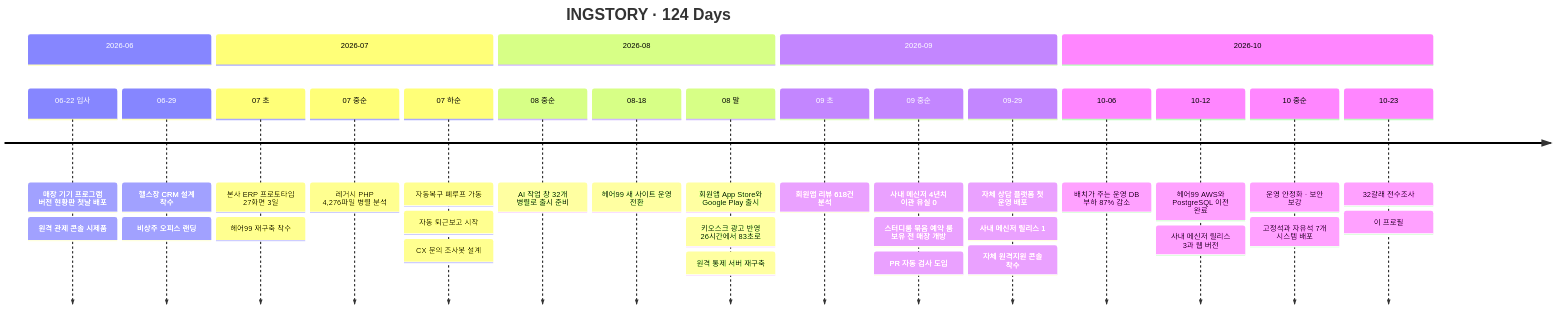
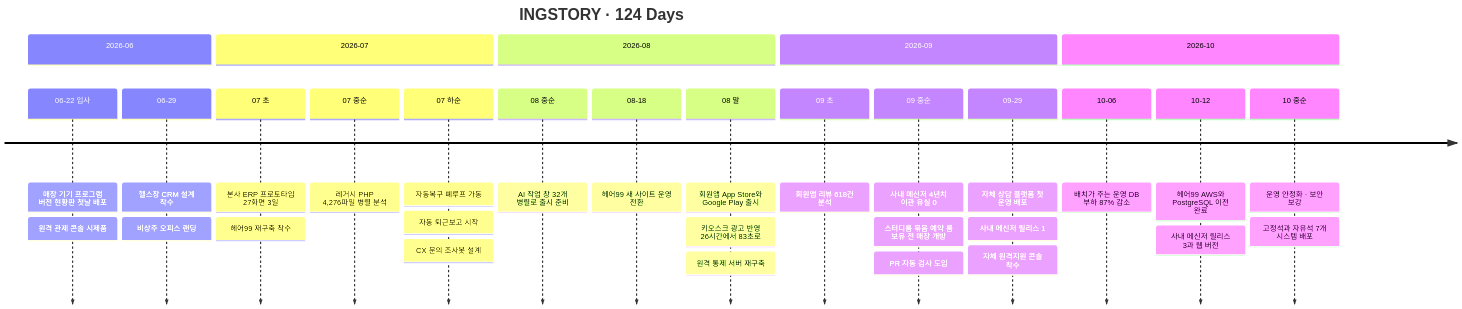
The first of 2 diagrams in README.md (doublesilver/doublesilver), drawn with Mermaid before and after one commit. The commit also changed other lines of this file and 2 other files, not shown here.

````diff
--- a/README.md
+++ b/README.md
@@ -269,24 +232,23 @@
 ```mermaid
 timeline
     title INGSTORY · 124 Days
     section 2026-06
         06-22 입사 : 매장 기기 프로그램 버전 현황판 첫날 배포 : 원격 관제 콘솔 시제품
         06-29 : 헬스장 CRM 설계 착수 : 비상주 오피스 랜딩
     section 2026-07
         07 초 : 본사 ERP 프로토타입 27화면 3일 : 헤어99 재구축 착수
         07 중순 : 레거시 PHP 4,276파일 병렬 분석
         07 하순 : 자동복구 폐루프 가동 : 자동 퇴근보고 시작 : CX 문의 조사봇 설계
     section 2026-08
         08 중순 : AI 작업 창 32개 병렬로 출시 준비
         08-18 : 헤어99 새 사이트 운영 전환
         08 말 : 회원앱 App Store와 Google Play 출시 : 키오스크 광고 반영 26시간에서 83초로 : 원격 통제 서버 재구축
     section 2026-09
         09 초 : 회원앱 리뷰 618건 분석
         09 중순 : 사내 메신저 4년치 이관 유실 0 : 스터디룸 묶음 예약 룸 보유 전 매장 개방 : PR 자동 검사 도입
         09-29 : 자체 상담 플랫폼 첫 운영 배포 : 사내 메신저 릴리스 1 : 자체 원격지원 콘솔 착수
     section 2026-10
         10-06 : 배치가 주는 운영 DB 부하 87% 감소
         10-12 : 헤어99 AWS와 PostgreSQL 이전 완료 : 사내 메신저 릴리스 3과 웹 버전
         10 중순 : 운영 안정화 · 보안 보강 : 고정석과 자유석 7개 시스템 배포
-        10-23 : 32갈래 전수조사 : 이 프로필
 ```
````
